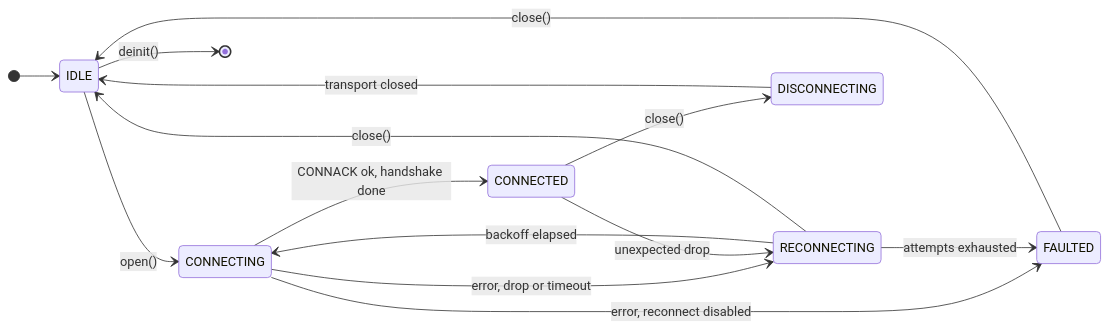
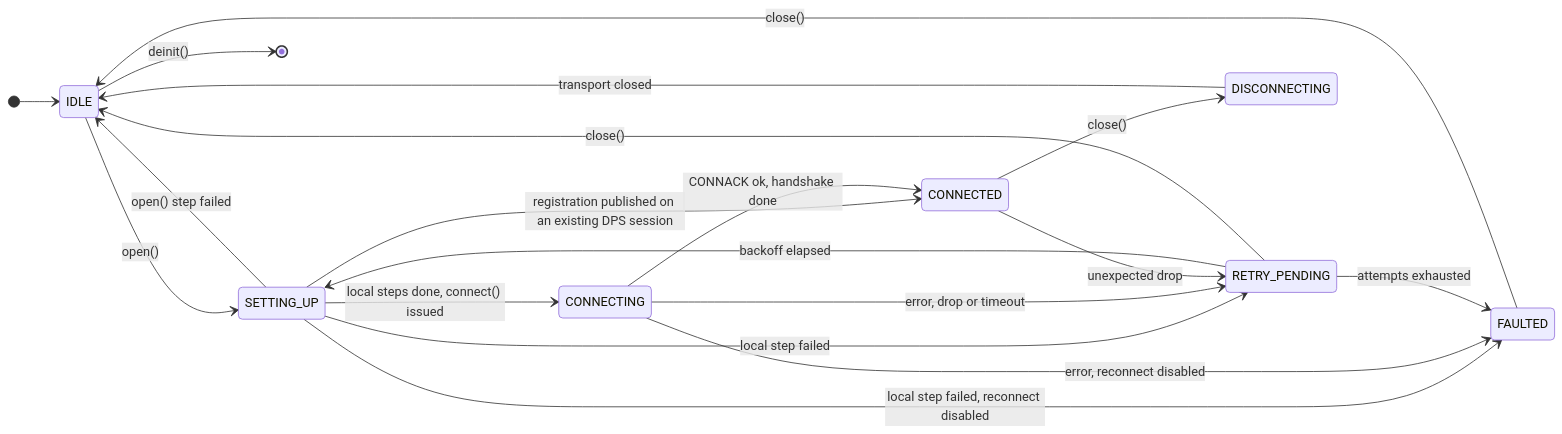
The first of 9 diagrams in c/docs/eng/connection.md (Azure/azure-iot-sdk), drawn with Mermaid before and after one commit. The commit also changed other lines of this file and 18 other files, not shown here.

First line of the commit message:
[C] Report every connection attempt: SETTING_UP state, RETRY_PENDING rename, LOCAL error source (#365)

````diff
--- a/c/docs/eng/connection.md
+++ b/c/docs/eng/connection.md
@@ -53,17 +53,22 @@
 ```mermaid
 stateDiagram-v2
     direction LR
     [*] --> IDLE
-    IDLE --> CONNECTING: open()
+    IDLE --> SETTING_UP: open()
+    SETTING_UP --> CONNECTING: local steps done, connect() issued
+    SETTING_UP --> CONNECTED: registration published on an existing DPS session
+    SETTING_UP --> RETRY_PENDING: local step failed
+    SETTING_UP --> FAULTED: local step failed, reconnect disabled
+    SETTING_UP --> IDLE: open() step failed
     CONNECTING --> CONNECTED: CONNACK ok, handshake done
-    CONNECTING --> RECONNECTING: error, drop or timeout
+    CONNECTING --> RETRY_PENDING: error, drop or timeout
     CONNECTING --> FAULTED: error, reconnect disabled
-    CONNECTED --> RECONNECTING: unexpected drop
+    CONNECTED --> RETRY_PENDING: unexpected drop
     CONNECTED --> DISCONNECTING: close()
-    RECONNECTING --> CONNECTING: backoff elapsed
-    RECONNECTING --> FAULTED: attempts exhausted
-    RECONNECTING --> IDLE: close()
+    RETRY_PENDING --> SETTING_UP: backoff elapsed
+    RETRY_PENDING --> FAULTED: attempts exhausted
+    RETRY_PENDING --> IDLE: close()
     DISCONNECTING --> IDLE: transport closed
     FAULTED --> IDLE: close()
     IDLE --> [*]: deinit()
 ```
````
